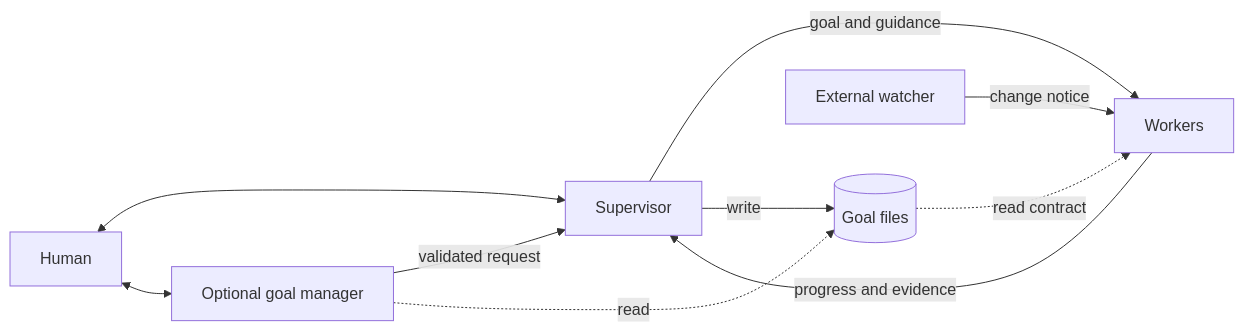
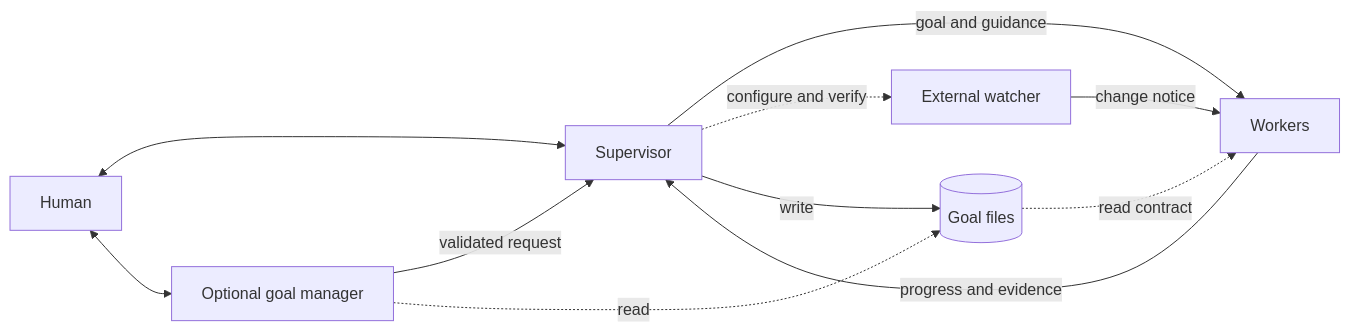
One commit to hao1939/herdr-supervisor changed the first of 4 diagrams in docs/design.md. Above: the diagram before and after it, drawn with Mermaid. The commit also changed other lines of this file and 4 other files, not shown here.

````diff
--- a/docs/design.md
+++ b/docs/design.md
@@ -132,12 +154,13 @@
 ```mermaid
 flowchart LR
     U[Human] <--> S[Supervisor]
     U <--> M[Optional goal manager]
     M -->|validated request| S
     M -.->|read| F
     S -->|goal and guidance| W[Workers]
+    S -.->|configure and verify| E
     W -->|progress and evidence| S
     E[External watcher] -->|change notice| W
     S -->|write| F[(Goal files)]
     F -.->|read contract| W
 ```
````
